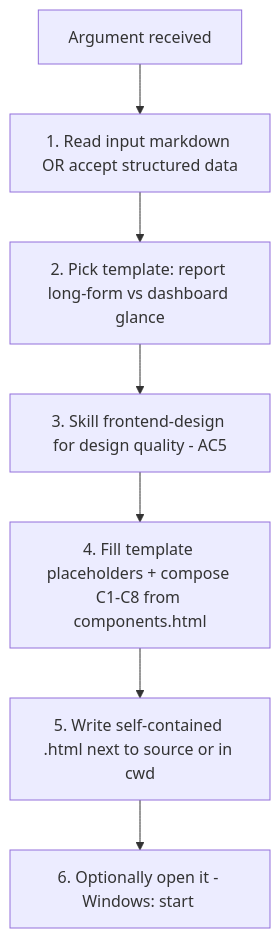
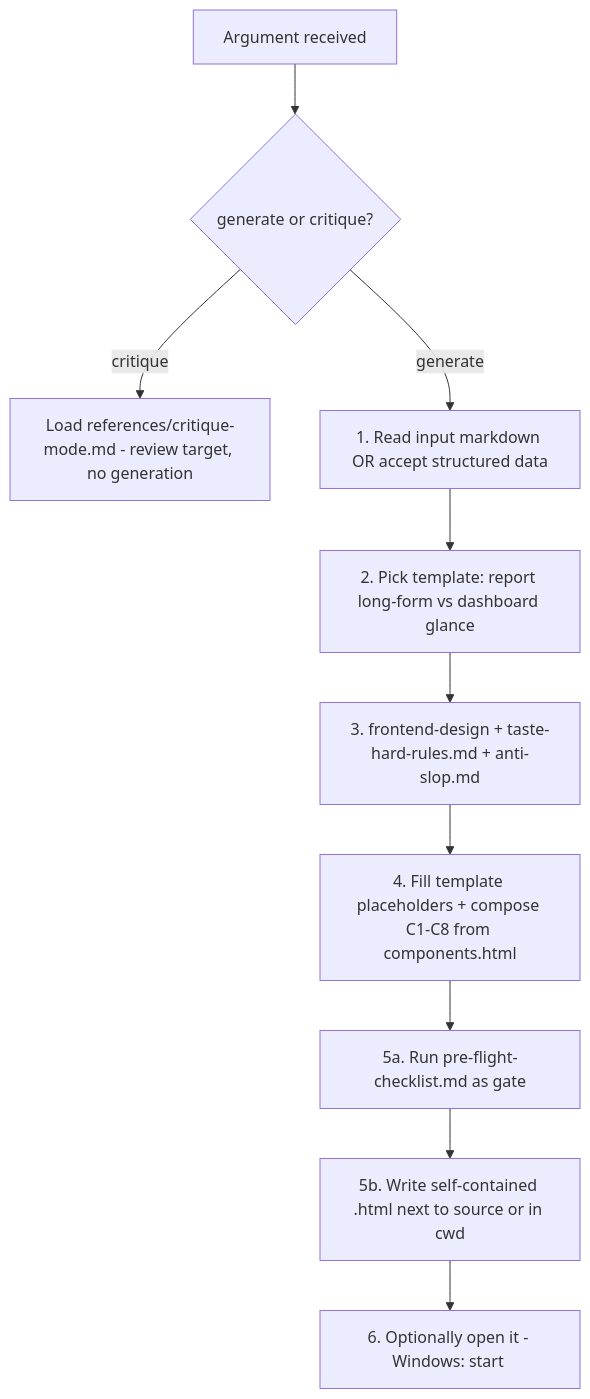
The diagram in .claude/skills/html-report/SKILL.md (MaciWP/claude-code-poneglyph), drawn with Mermaid before and after one commit. The commit also changed other lines of this file and 40 other files, not shown here.

````diff
--- a/.claude/skills/html-report/SKILL.md
+++ b/.claude/skills/html-report/SKILL.md
@@ -42,9 +55,12 @@
 ```mermaid
 graph TD
-    A[Argument received] --> B[1. Read input markdown OR accept structured data]
+    A[Argument received] --> M{generate or critique?}
+    M -->|critique| K[Load references/critique-mode.md - review target, no generation]
+    M -->|generate| B[1. Read input markdown OR accept structured data]
     B --> C[2. Pick template: report long-form vs dashboard glance]
-    C --> D[3. Skill frontend-design for design quality - AC5]
+    C --> D[3. frontend-design + taste-hard-rules.md + anti-slop.md]
     D --> E[4. Fill template placeholders + compose C1-C8 from components.html]
-    E --> F[5. Write self-contained .html next to source or in cwd]
+    E --> P[5a. Run pre-flight-checklist.md as gate]
+    P --> F[5b. Write self-contained .html next to source or in cwd]
     F --> G[6. Optionally open it - Windows: start <file>]
 ```
````
